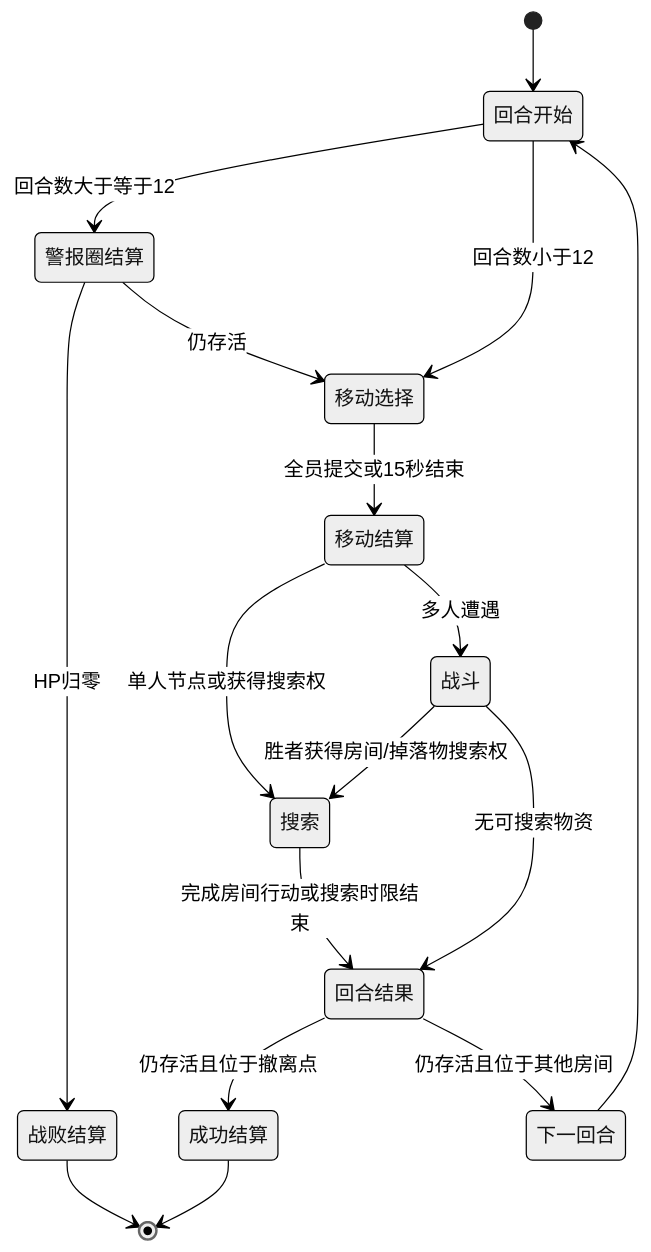
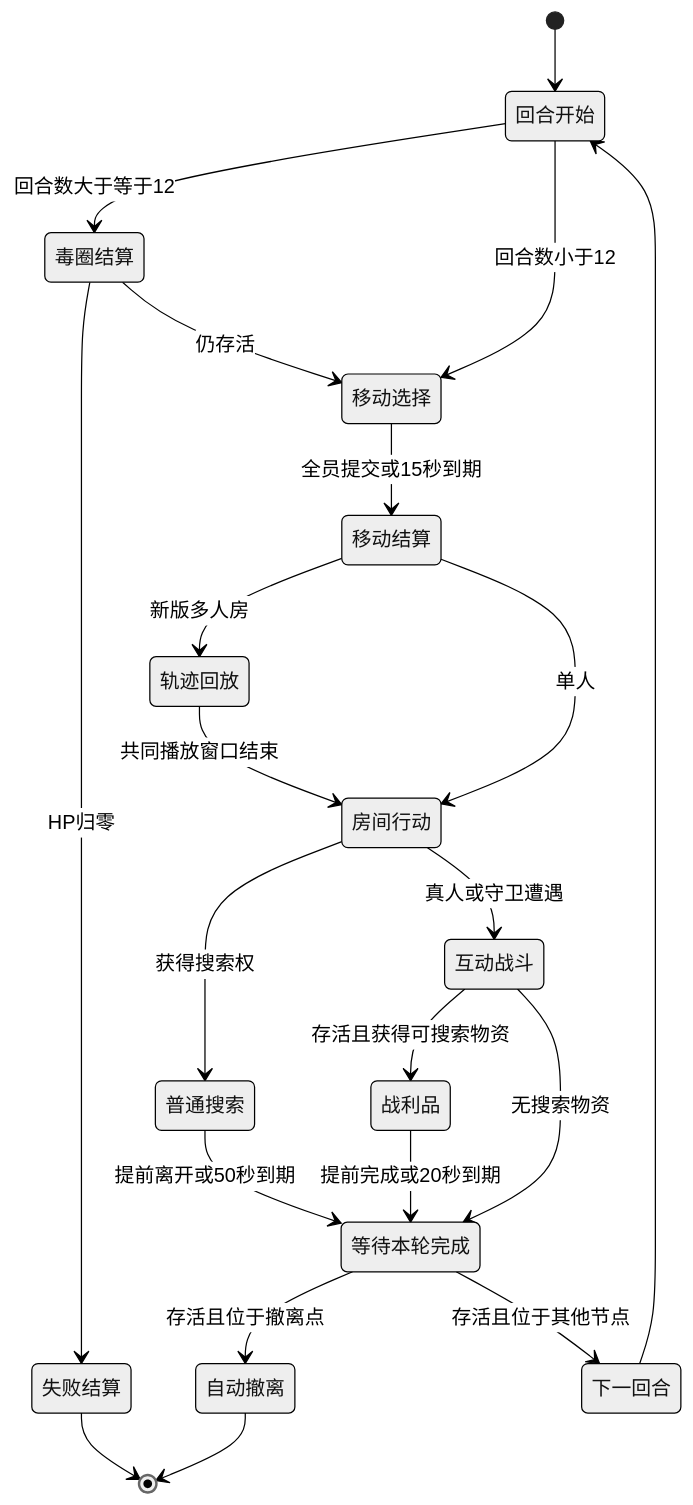
One commit to Yeungsam/heisino-game changed the fourth of 6 diagrams in docs/游戏产品流程图.md. Above: the diagram before and after it, drawn with Mermaid (neutral theme). The commit also changed other lines of this file and 19 other files, not shown here.

````diff
--- a/docs/游戏产品流程图.md
+++ b/docs/游戏产品流程图.md
@@ -193,19 +138,23 @@
 ```mermaid
 stateDiagram-v2
     [*] --> 回合开始
-    回合开始 --> 警报圈结算: 回合数大于等于12
+    回合开始 --> 毒圈结算: 回合数大于等于12
     回合开始 --> 移动选择: 回合数小于12
-    警报圈结算 --> 战败结算: HP归零
-    警报圈结算 --> 移动选择: 仍存活
-    移动选择 --> 移动结算: 全员提交或15秒结束
-    移动结算 --> 搜索: 单人节点或获得搜索权
-    移动结算 --> 战斗: 多人遭遇
-    战斗 --> 搜索: 胜者获得房间/掉落物搜索权
-    战斗 --> 回合结果: 无可搜索物资
-    搜索 --> 回合结果: 完成房间行动或搜索时限结束
-    回合结果 --> 成功结算: 仍存活且位于撤离点
-    回合结果 --> 下一回合: 仍存活且位于其他房间
+    毒圈结算 --> 失败结算: HP归零
+    毒圈结算 --> 移动选择: 仍存活
+    移动选择 --> 移动结算: 全员提交或15秒到期
+    移动结算 --> 轨迹回放: 新版多人房
+    移动结算 --> 房间行动: 单人
+    轨迹回放 --> 房间行动: 共同播放窗口结束
+    房间行动 --> 普通搜索: 获得搜索权
+    房间行动 --> 互动战斗: 真人或守卫遭遇
+    互动战斗 --> 战利品: 存活且获得可搜索物资
+    互动战斗 --> 等待本轮完成: 无搜索物资
+    普通搜索 --> 等待本轮完成: 提前离开或50秒到期
+    战利品 --> 等待本轮完成: 提前完成或20秒到期
+    等待本轮完成 --> 自动撤离: 存活且位于撤离点
+    等待本轮完成 --> 下一回合: 存活且位于其他节点
     下一回合 --> 回合开始
-    战败结算 --> [*]
-    成功结算 --> [*]
+    失败结算 --> [*]
+    自动撤离 --> [*]
 ```
````
